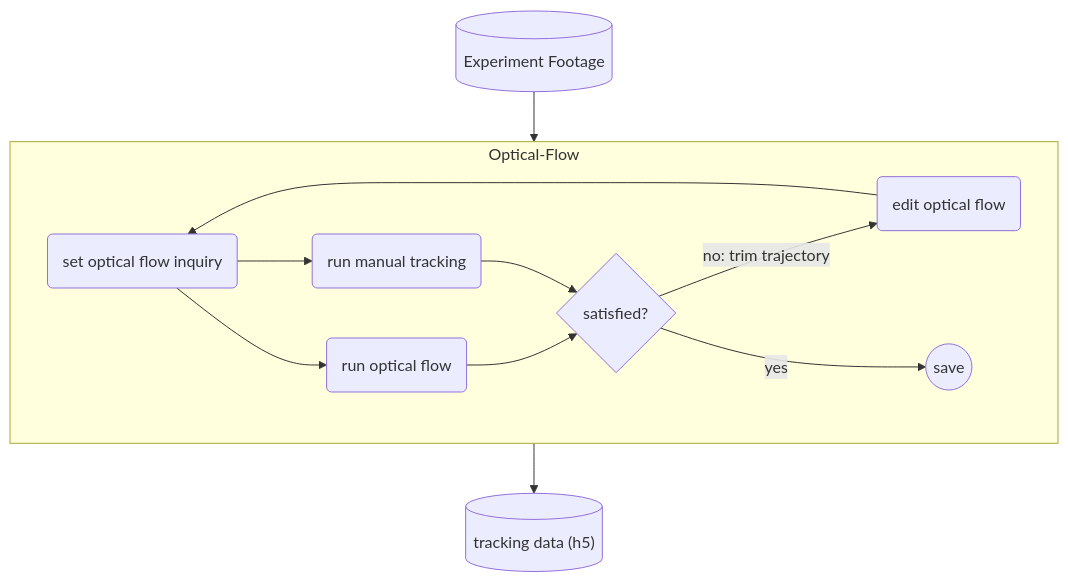
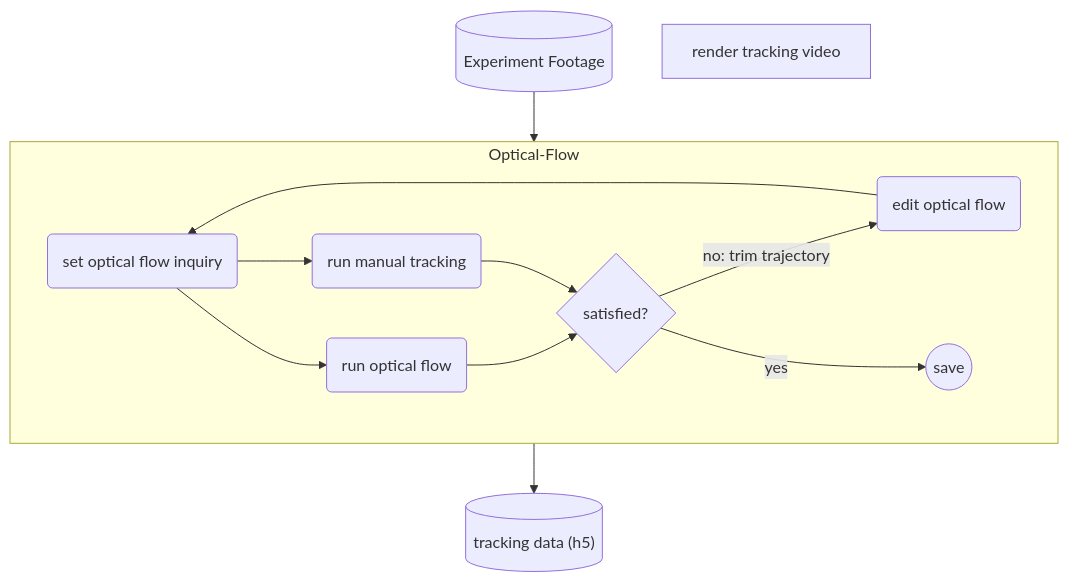
One commit to GazzolaLab/BR2-vision-based-smoothing changed the fifth of 6 diagrams in README.md. Above: the diagram before and after it, drawn with Mermaid. The commit also changed other lines of this file, not shown here.

````diff
--- a/README.md
+++ b/README.md
@@ -114,17 +114,18 @@
 ```mermaid
 flowchart TD
     collect[("Experiment Footage")]
     T[("tracking data (h5)")]
+    RT["render tracking video"]
     subgraph Optical-Flow
         opt1("set optical flow inquiry")
         opt2("run optical flow")
         opt2m("run manual tracking")
         opt3("edit optical flow")
         
         opt1 --> opt2 --> C{satisfied?}
         opt1 --> opt2m --> C
         C -->|no: trim trajectory| opt3 --> opt1
         C -->|yes| D(("save"))
     end
     collect --> Optical-Flow --> T
 ```
````
